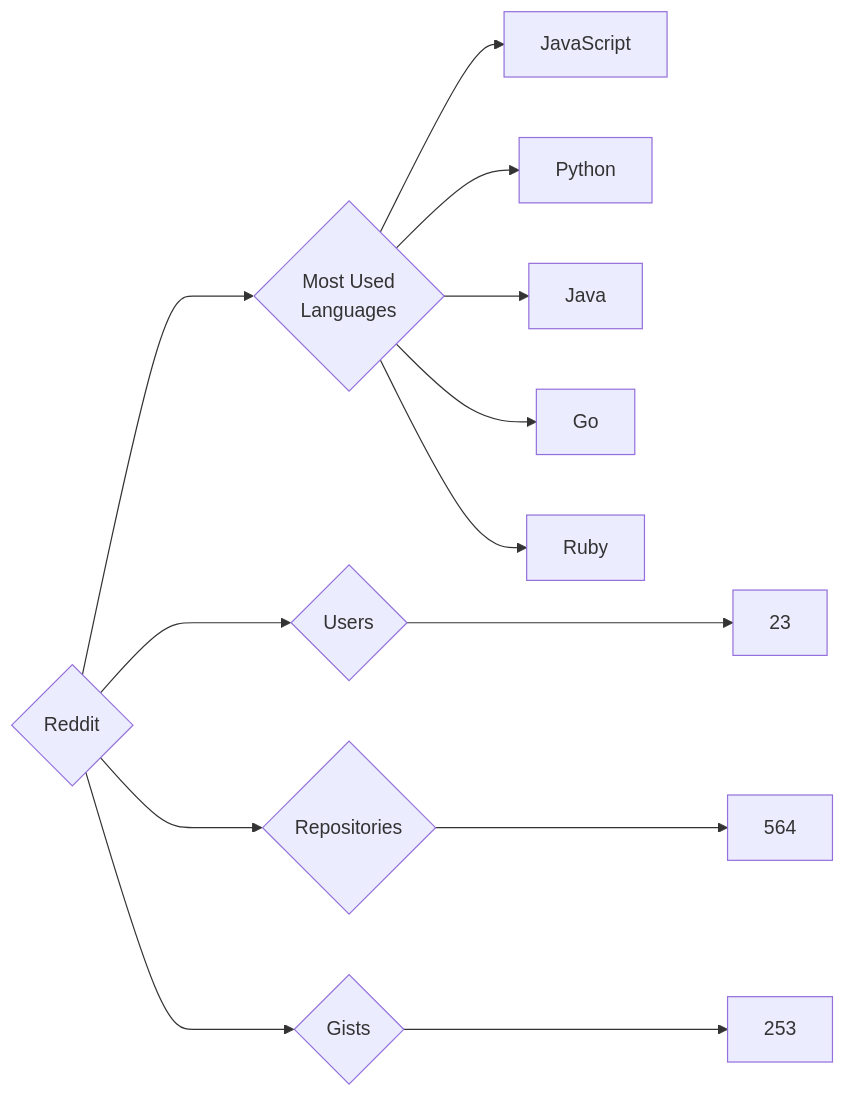
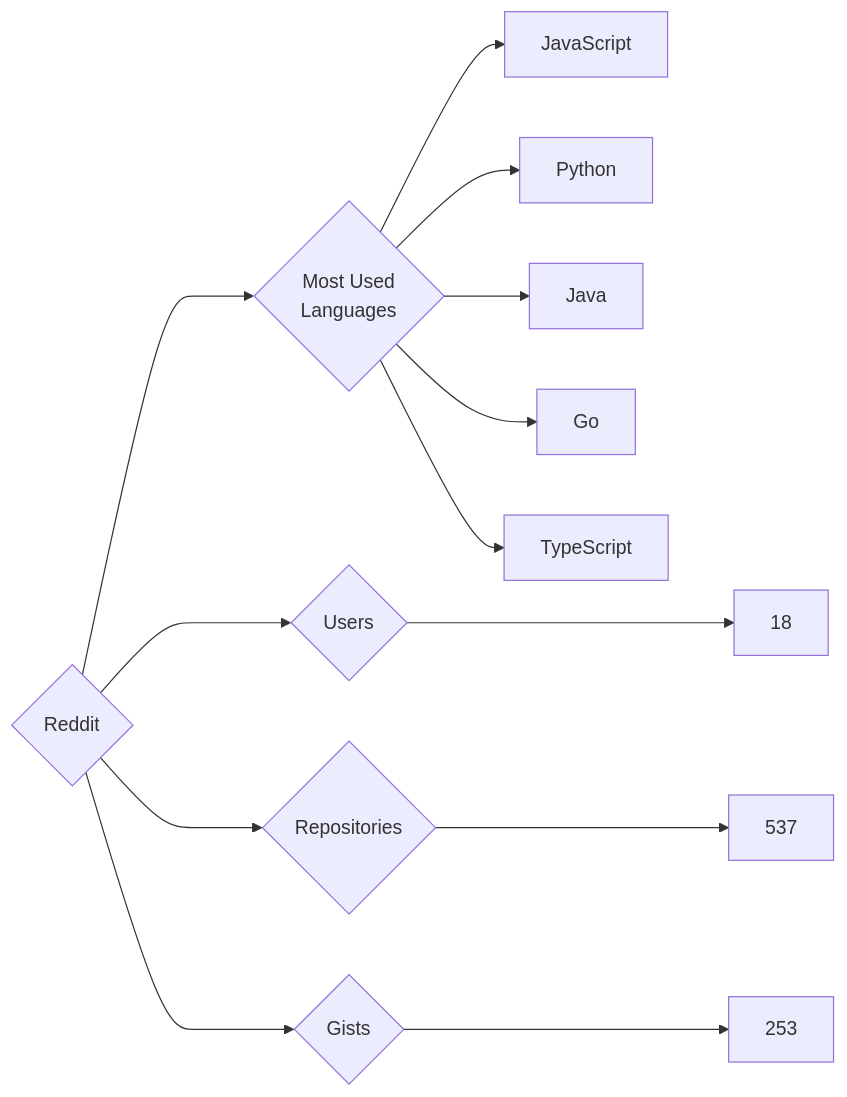
The diagram in targets/Reddit/README.md (trickest/insiders), drawn with Mermaid before and after one commit. The commit also changed 1248 other files, not shown here.

````diff
--- a/targets/Reddit/README.md
+++ b/targets/Reddit/README.md
@@ -3,13 +3,13 @@
 ```mermaid
 graph LR
 COMPANY_NAME{Reddit}
-COMPANY_NAME ---> U{Users} ---> UN[23]
-COMPANY_NAME ---> R{Repositories} ---> RN[564]
+COMPANY_NAME ---> U{Users} ---> UN[18]
+COMPANY_NAME ---> R{Repositories} ---> RN[537]
 COMPANY_NAME ---> G{Gists} ---> GN[253]
 COMPANY_NAME ---> ML{Most Used<br>Languages}
 ML --> JavaScript[JavaScript]
 ML --> Python[Python]
 ML --> Java[Java]
 ML --> Go[Go]
-ML --> Ruby[Ruby]
+ML --> TypeScript[TypeScript]
 ```
````
